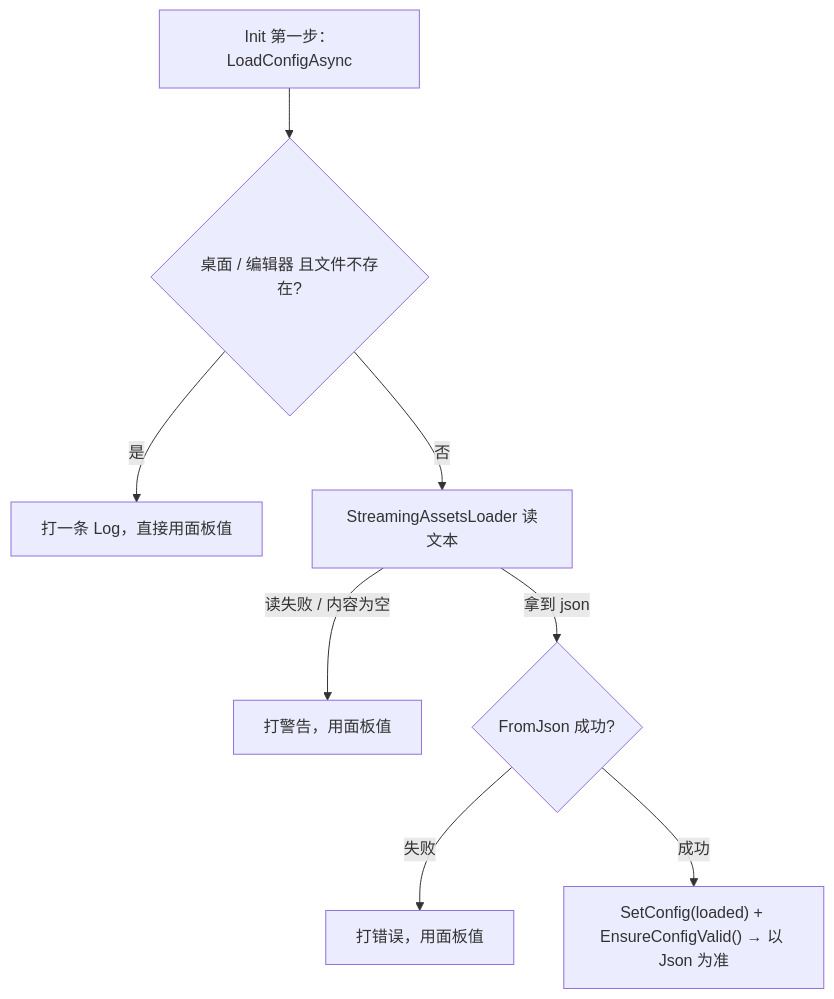
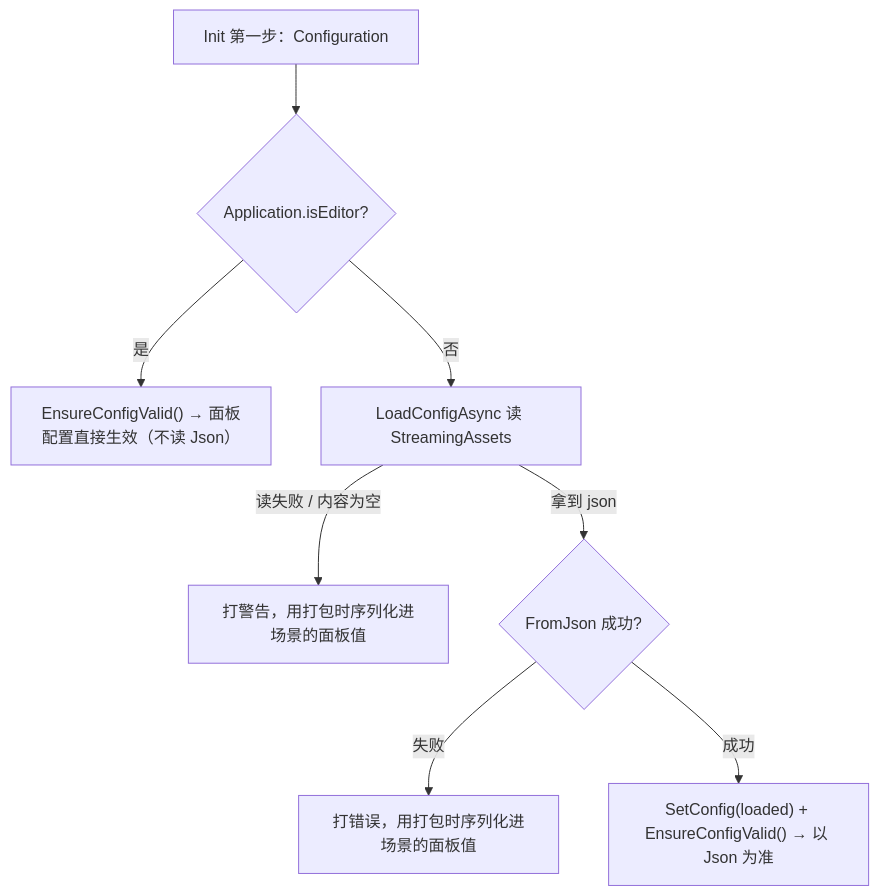
The third of 3 diagrams in Runtime/Manager/GameRoot/README.md (HJX-GitUser/UPandaFramework), drawn with Mermaid before and after one commit. The commit also changed other lines of this file and 23 other files, not shown here.

````diff
--- a/Runtime/Manager/GameRoot/README.md
+++ b/Runtime/Manager/GameRoot/README.md
@@ -113,10 +113,10 @@
 ```mermaid
 flowchart TD
-    A[Init 第一步：LoadConfigAsync] --> B{桌面 / 编辑器 且文件不存在?}
-    B -->|是| C[打一条 Log，直接用面板值]
-    B -->|否| D[StreamingAssetsLoader 读文本]
-    D -->|读失败 / 内容为空| E[打警告，用面板值]
+    A["Init 第一步：Configuration"] --> B{Application.isEditor?}
+    B -->|是| C["EnsureConfigValid() → 面板配置直接生效（不读 Json）"]
+    B -->|否| D[LoadConfigAsync 读 StreamingAssets]
+    D -->|读失败 / 内容为空| E[打警告，用打包时序列化进场景的面板值]
     D -->|拿到 json| F{FromJson 成功?}
-    F -->|失败| G[打错误，用面板值]
+    F -->|失败| G[打错误，用打包时序列化进场景的面板值]
     F -->|成功| H["SetConfig(loaded) + EnsureConfigValid() → 以 Json 为准"]
 ```
````
